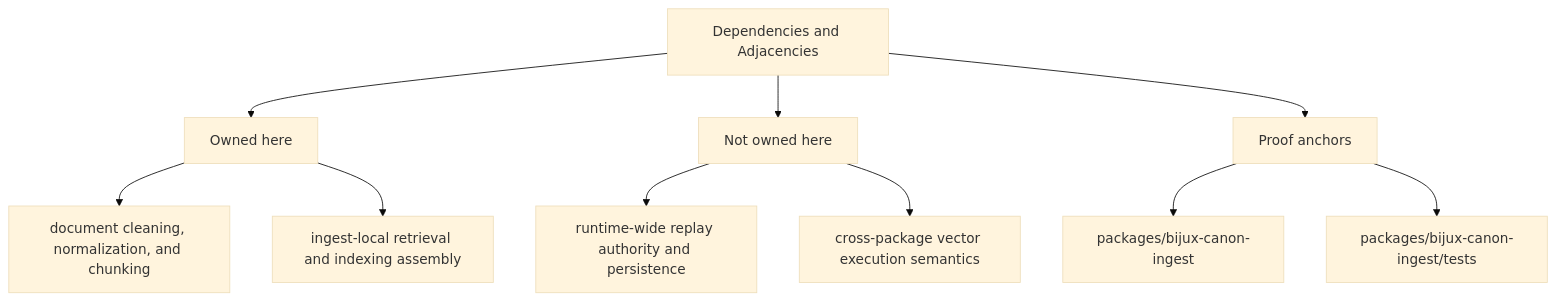
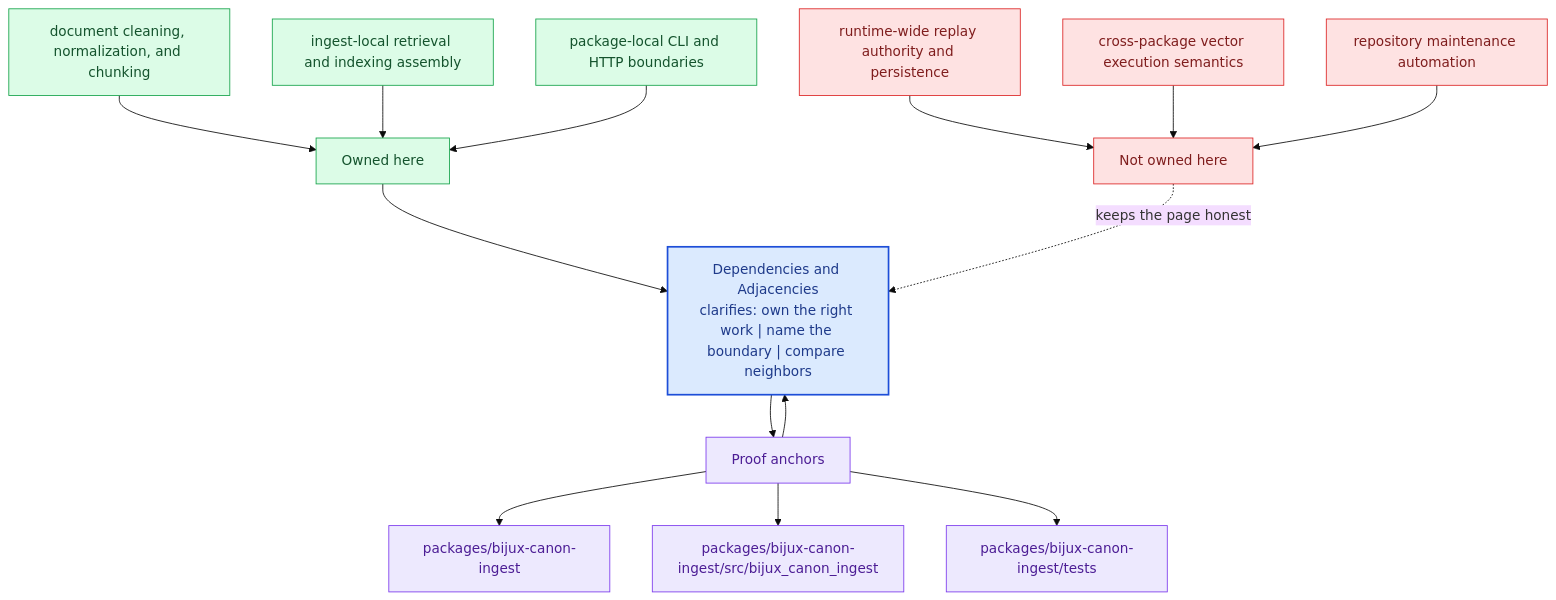
The second of 2 diagrams in docs/bijux-canon-ingest/foundation/dependencies-and-adjacencies.md (bijux/bijux-canon), drawn with Mermaid (base theme) before and after one commit. The commit also changed other lines of this file and 281 other files, not shown here.

Commit message:
docs(diagrams): deepen handbook mermaid maps across the catalog

````diff
--- a/docs/bijux-canon-ingest/foundation/dependencies-and-adjacencies.md
+++ b/docs/bijux-canon-ingest/foundation/dependencies-and-adjacencies.md
@@ -36,22 +69,40 @@
 ```mermaid
-flowchart TD
-    page["Dependencies and Adjacencies"]
+flowchart TB
+    promise["Dependencies and Adjacencies<br/>clarifies: own the right work | name the boundary | compare neighbors"]
+    classDef promise fill:#dbeafe,stroke:#1d4ed8,color:#1e3a8a,stroke-width:2px;
+    classDef driver fill:#dcfce7,stroke:#16a34a,color:#14532d;
+    classDef constraint fill:#fee2e2,stroke:#dc2626,color:#7f1d1d;
+    classDef ground fill:#ede9fe,stroke:#7c3aed,color:#4c1d95;
     focus1["Owned here"]
-    page --> focus1
+    focus1 --> promise
     focus1_1["document cleaning, normalization, and chunking"]
-    focus1 --> focus1_1
+    focus1_1 --> focus1
     focus1_2["ingest-local retrieval and indexing assembly"]
-    focus1 --> focus1_2
+    focus1_2 --> focus1
+    focus1_3["package-local CLI and HTTP boundaries"]
+    focus1_3 --> focus1
+    class focus1 driver;
+    class focus1_1,focus1_2,focus1_3 driver;
     focus2["Not owned here"]
-    page --> focus2
+    focus2 -.keeps the page honest.-> promise
     focus2_1["runtime-wide replay authority and persistence"]
-    focus2 --> focus2_1
+    focus2_1 --> focus2
     focus2_2["cross-package vector execution semantics"]
-    focus2 --> focus2_2
+    focus2_2 --> focus2
+    focus2_3["repository maintenance automation"]
+    focus2_3 --> focus2
+    class focus2 constraint;
+    class focus2_1,focus2_2,focus2_3 constraint;
     focus3["Proof anchors"]
-    page --> focus3
+    focus3 --> promise
+    promise --> focus3
     focus3_1["packages/bijux-canon-ingest"]
     focus3 --> focus3_1
-    focus3_2["packages/bijux-canon-ingest/tests"]
+    focus3_2["packages/bijux-canon-ingest/src/bijux_canon_ingest"]
     focus3 --> focus3_2
+    focus3_3["packages/bijux-canon-ingest/tests"]
+    focus3 --> focus3_3
+    class focus3 ground;
+    class focus3_1,focus3_2,focus3_3 ground;
+    class promise promise;
 ```
````
